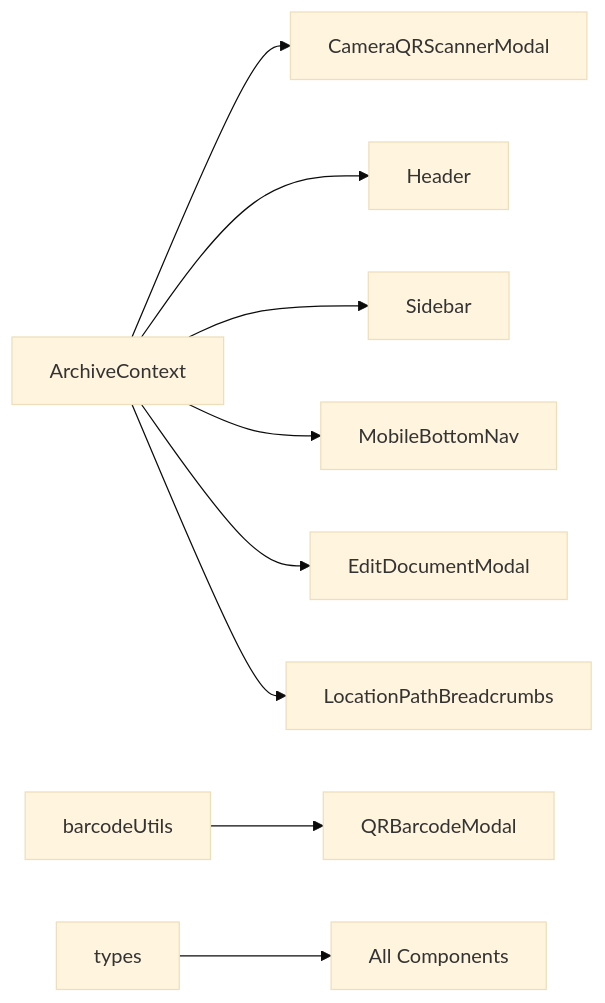
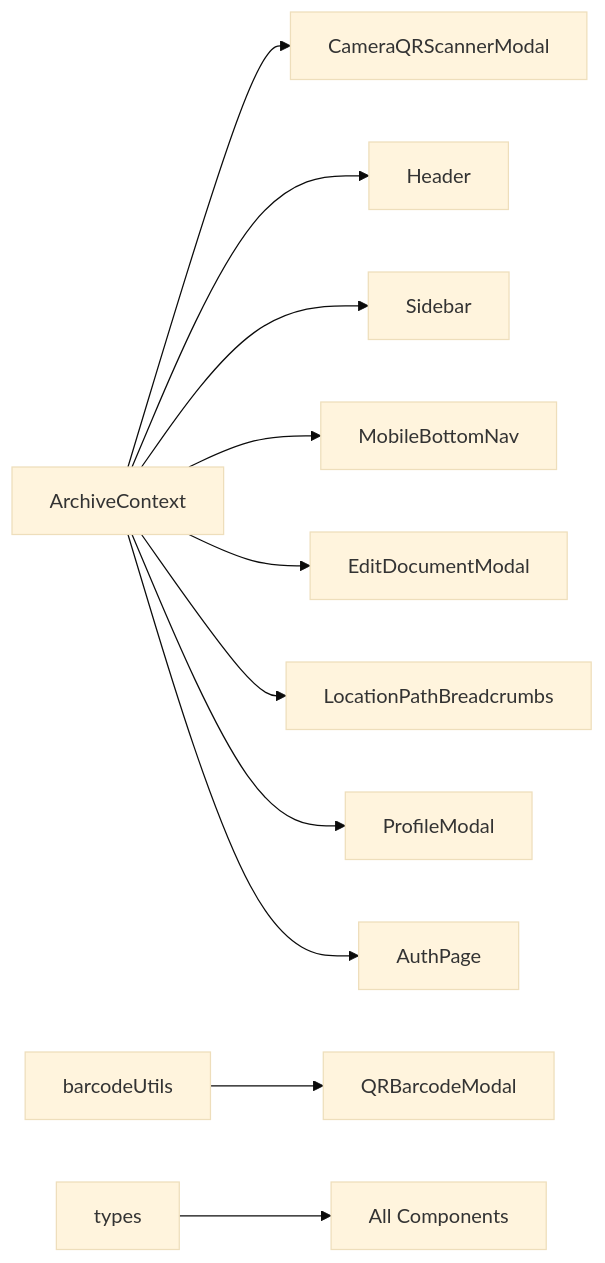
The fourth of 4 diagrams in .qoder/repowiki/en/content/UI Components.md (djahasiel101600/archivehub), drawn with Mermaid (base theme) before and after one commit. The commit also changed other lines of this file and 12 other files, not shown here.

````diff
--- a/.qoder/repowiki/en/content/UI Components.md
+++ b/.qoder/repowiki/en/content/UI Components.md
@@ -467,11 +501,13 @@
 ```mermaid
 graph LR
 A["ArchiveContext"] --> B["CameraQRScannerModal"]
 A --> C["Header"]
 A --> D["Sidebar"]
 A --> E["MobileBottomNav"]
 A --> F["EditDocumentModal"]
 A --> G["LocationPathBreadcrumbs"]
-H["barcodeUtils"] --> I["QRBarcodeModal"]
-J["types"] --> K["All Components"]
+A --> H["ProfileModal"]
+A --> I["AuthPage"]
+J["barcodeUtils"] --> K["QRBarcodeModal"]
+L["types"] --> M["All Components"]
 ```
````
